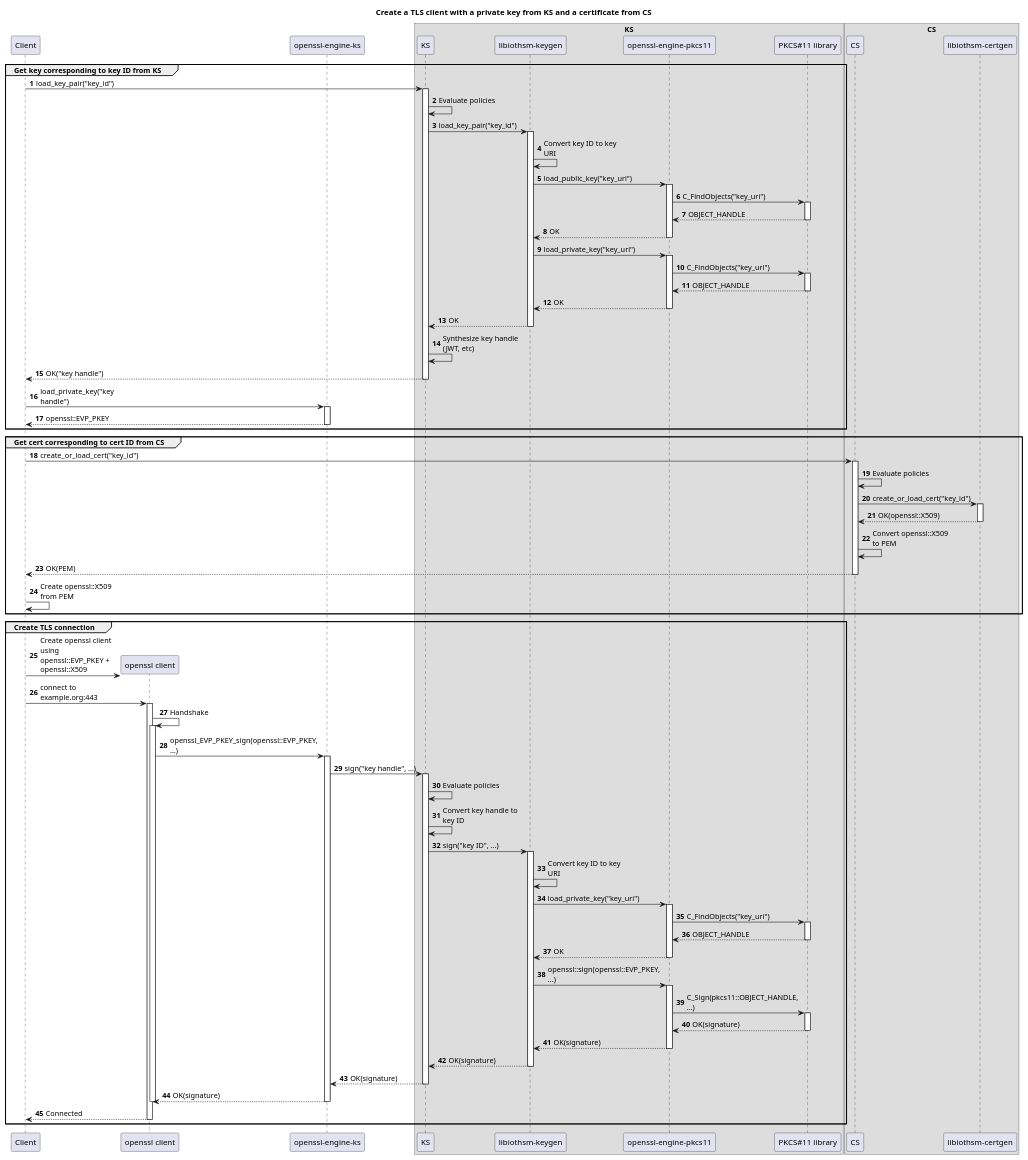
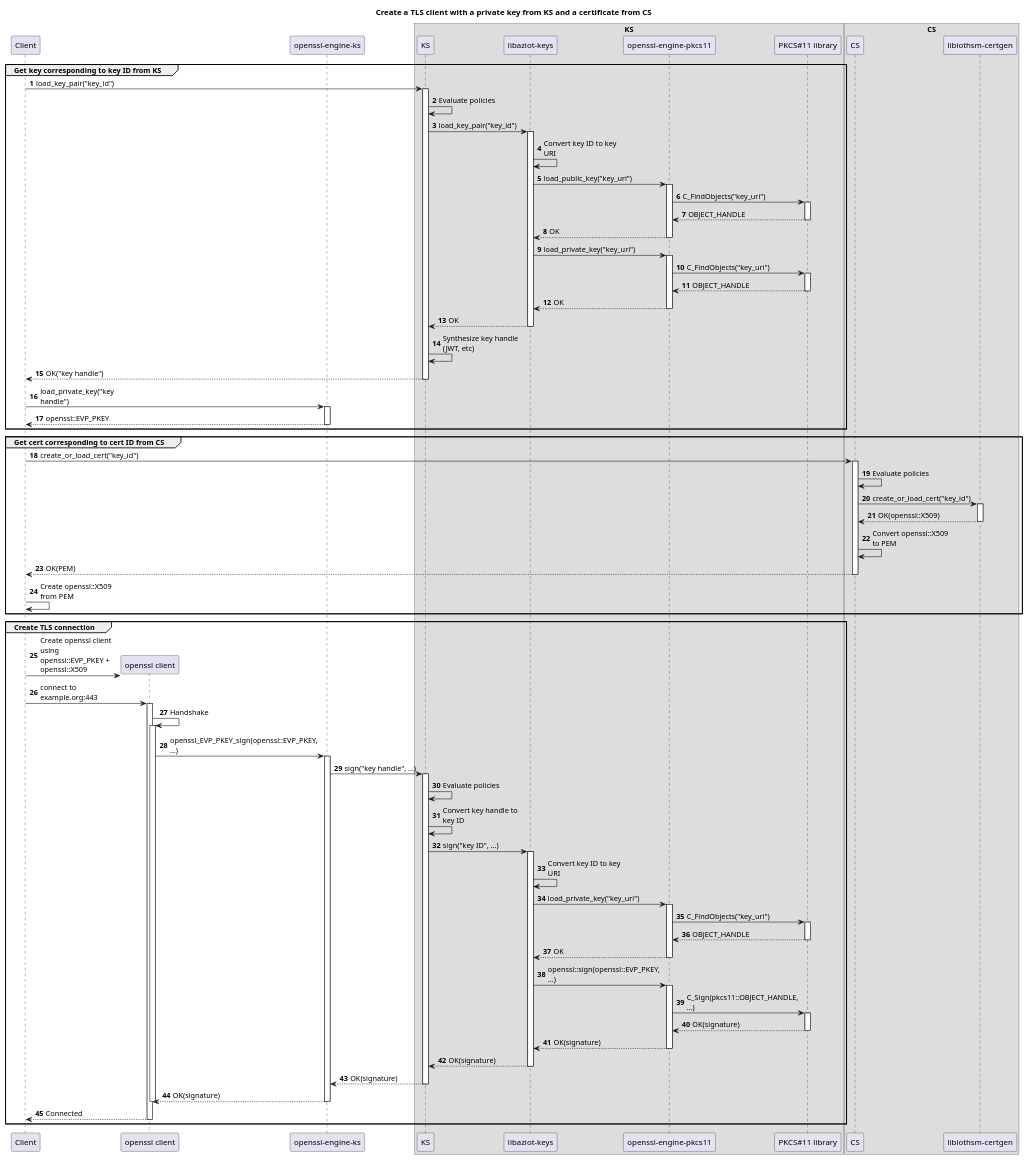
The diagram in docs/plantuml/openssl-engine-internals-tls-client.plantuml (Azure/iot-identity-service), drawn with PlantUML before and after one commit. The commit also changed 28 other files, not shown here.

```diff
--- a/docs/plantuml/openssl-engine-internals-tls-client.plantuml
+++ b/docs/plantuml/openssl-engine-internals-tls-client.plantuml
@@ -1,81 +1,81 @@
 @startuml
 
 title Create a TLS client with a private key from KS and a certificate from CS
 skinparam maxMessageSize 150
 
 participant Client
 participant "openssl client" as openssl
 participant "openssl-engine-ks"
 
 box KS
 participant KS
-participant "libiothsm-keygen"
+participant "libaziot-keys"
 participant "openssl-engine-pkcs11"
 participant "PKCS#11 library" as pkcs11
 end box
 
 box CS
 participant CS
 participant "libiothsm-certgen"
 end box
 
 autonumber
 
 group Get key corresponding to key ID from KS
 	Client -> KS ++: load_key_pair("key_id")
 	KS -> KS: Evaluate policies
-	KS -> "libiothsm-keygen" ++: load_key_pair("key_id")
-	"libiothsm-keygen" -> "libiothsm-keygen": Convert key ID to key URI
-	"libiothsm-keygen" -> "openssl-engine-pkcs11" ++: load_public_key("key_uri")
+	KS -> "libaziot-keys" ++: load_key_pair("key_id")
+	"libaziot-keys" -> "libaziot-keys": Convert key ID to key URI
+	"libaziot-keys" -> "openssl-engine-pkcs11" ++: load_public_key("key_uri")
 	"openssl-engine-pkcs11" -> pkcs11 ++: C_FindObjects("key_uri")
 	return OBJECT_HANDLE
 	return OK
-	"libiothsm-keygen" -> "openssl-engine-pkcs11" ++: load_private_key("key_uri")
+	"libaziot-keys" -> "openssl-engine-pkcs11" ++: load_private_key("key_uri")
 	"openssl-engine-pkcs11" -> pkcs11 ++: C_FindObjects("key_uri")
 	return OBJECT_HANDLE
 	return OK
 	return OK
 	KS -> KS: Synthesize key handle (JWT, etc)
 	return OK("key handle")
 	Client -> "openssl-engine-ks" ++: load_private_key("key handle")
 	return openssl::EVP_PKEY
 end
 
 group Get cert corresponding to cert ID from CS
 	Client -> CS ++: create_or_load_cert("key_id")
 	CS -> CS: Evaluate policies
 	CS -> "libiothsm-certgen" ++: create_or_load_cert("key_id")
 	return OK(openssl::X509)
 	CS -> CS: Convert openssl::X509 to PEM
 	return OK(PEM)
 
 	Client -> Client: Create openssl::X509 from PEM
 end
 
 group Create TLS connection
 	Client -> openssl **: Create openssl client using openssl::EVP_PKEY + openssl::X509
 	Client -> openssl ++: connect to example.org:443
 
 	openssl -> openssl ++: Handshake
 	openssl -> "openssl-engine-ks" ++: openssl_EVP_PKEY_sign(openssl::EVP_PKEY, ...)
 	"openssl-engine-ks" -> KS ++: sign("key handle", ...)
 	KS -> KS: Evaluate policies
 	KS -> KS: Convert key handle to key ID
-	KS -> "libiothsm-keygen" ++: sign("key ID", ...)
-	"libiothsm-keygen" -> "libiothsm-keygen": Convert key ID to key URI
-	"libiothsm-keygen" -> "openssl-engine-pkcs11" ++: load_private_key("key_uri")
+	KS -> "libaziot-keys" ++: sign("key ID", ...)
+	"libaziot-keys" -> "libaziot-keys": Convert key ID to key URI
+	"libaziot-keys" -> "openssl-engine-pkcs11" ++: load_private_key("key_uri")
 	"openssl-engine-pkcs11" -> pkcs11 ++: C_FindObjects("key_uri")
 	return OBJECT_HANDLE
 	return OK
-	"libiothsm-keygen" -> "openssl-engine-pkcs11" ++: openssl::sign(openssl::EVP_PKEY, ...)
+	"libaziot-keys" -> "openssl-engine-pkcs11" ++: openssl::sign(openssl::EVP_PKEY, ...)
 	"openssl-engine-pkcs11" -> pkcs11 ++: C_Sign(pkcs11::OBJECT_HANDLE, ...)
 	return OK(signature)
 	return OK(signature)
 	return OK(signature)
 	return OK(signature)
 	return OK(signature)
 	deactivate openssl
 	return Connected
 end
 
 @enduml
```
